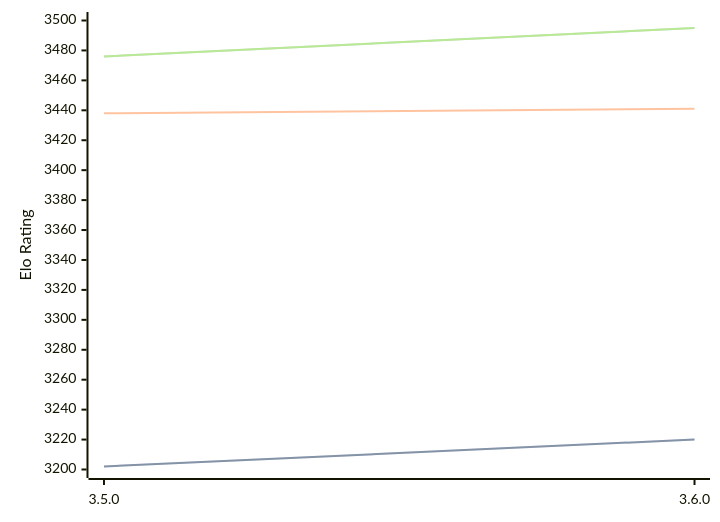
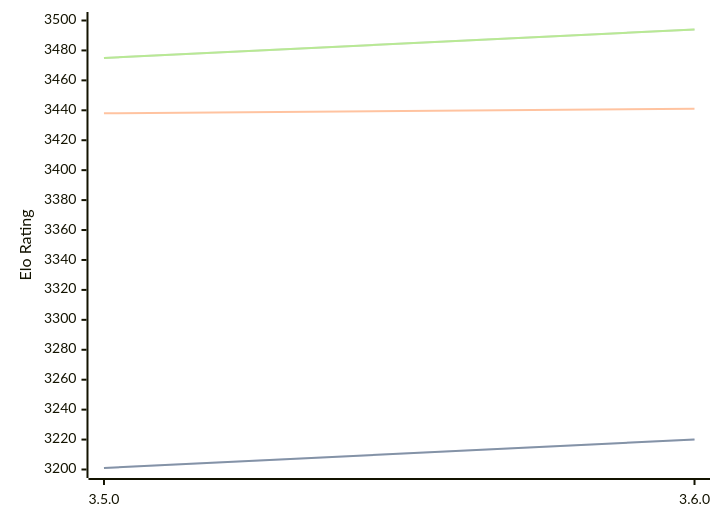
One commit to computer-chess-index/cci changed the diagram in engines/Igel.md. Above: the diagram before and after it, drawn with Mermaid. The commit also changed other lines of this file, not shown here.

Commit message:
Update CCI Ratings (ELO VLTC) - 2026-03-15

````diff
--- a/engines/Igel.md
+++ b/engines/Igel.md
@@ -66,11 +66,11 @@
 ```mermaid
 %%{init: {"theme":"base","themeVariables":{"seriesColors:['#a3a3a3','#222221','#faa371']}}}%%
 xychart-beta
   x-axis ["3.5.0", "3.6.0"]
   y-axis "Elo Rating" 3200 --> 3500
-  line "STC (8.0+0.08s)" [3202, 3220]
-  line "STC (8.0+0.08s)" [3202, 3220]
+  line "STC (8.0+0.08s)" [3201, 3220]
+  line "STC (8.0+0.08s)" [3201, 3220]
   line "LTC (60.0+0.60s)" [3438, 3441]
-  line "VLTC (2m24s+1.12s)" [3476, 3495]
-  line "VLTC (2m24s+1.12s)" [3476, 3495]
+  line "VLTC (2m24s+1.12s)" [3475, 3494]
+  line "VLTC (2m24s+1.12s)" [3475, 3494]
 ```
````
